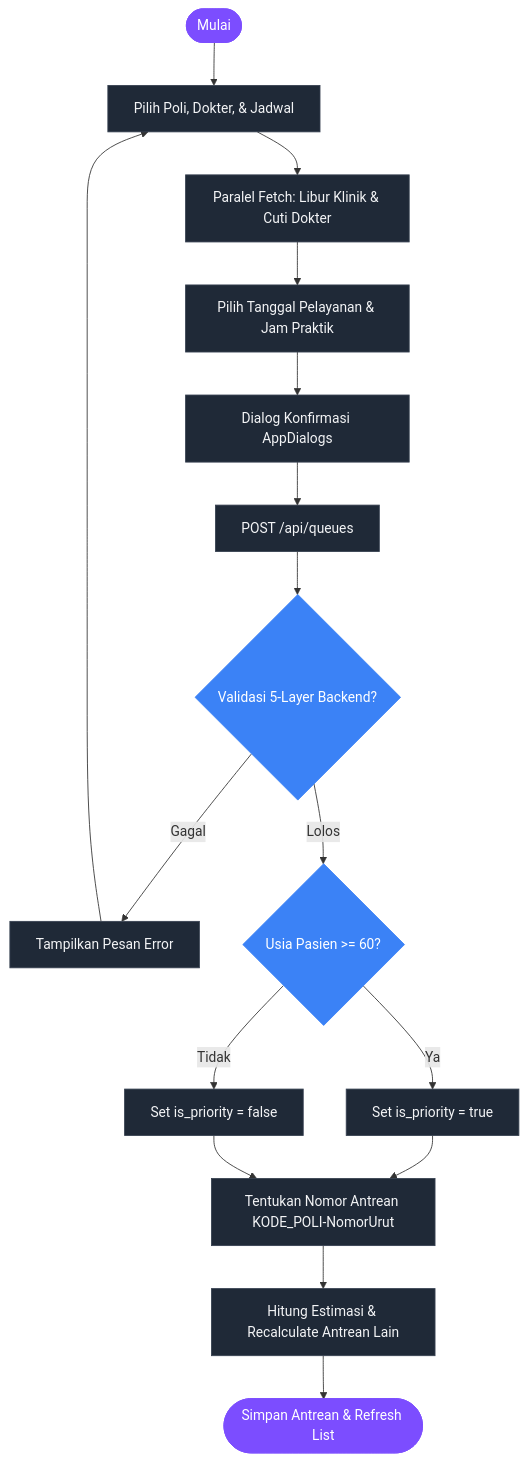
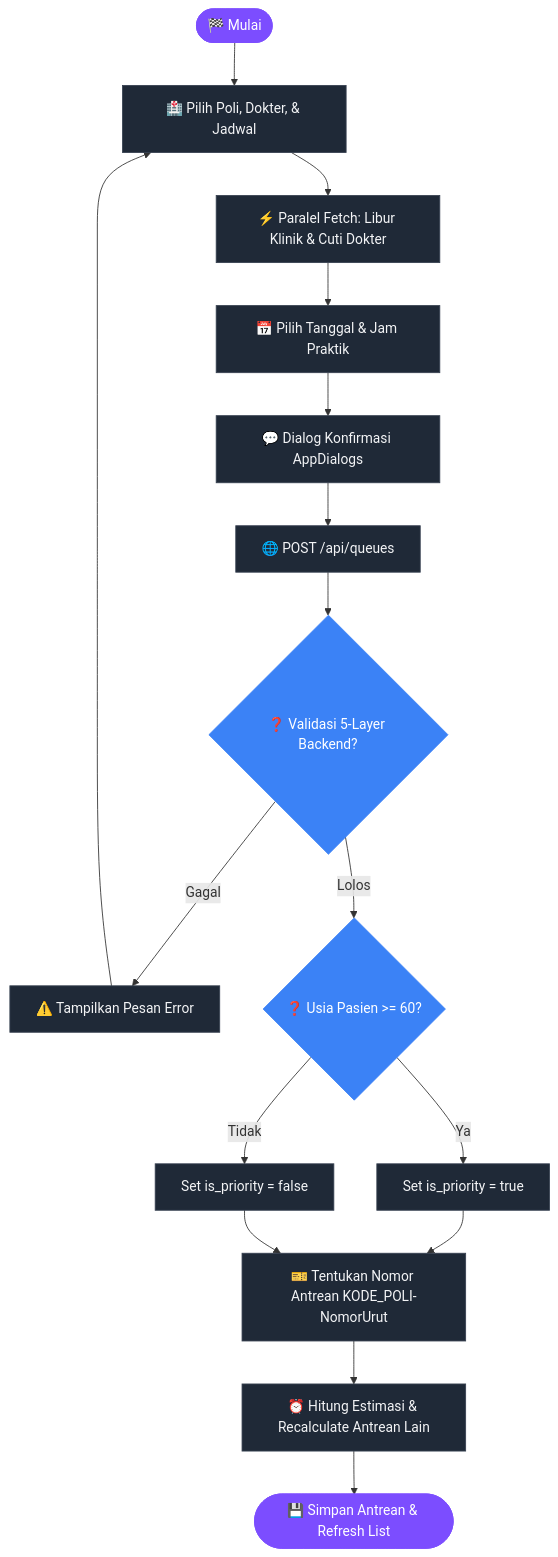
The third of 9 diagrams in dokumentasi/ALUR_BISNIS.md (Rezi14/NalaSeva-Mobile-Test), drawn with Mermaid before and after one commit. The commit also changed other lines of this file, not shown here.

````diff
--- a/dokumentasi/ALUR_BISNIS.md
+++ b/dokumentasi/ALUR_BISNIS.md
@@ -114,22 +114,22 @@
 ```mermaid
 flowchart TD
     classDef default fill:#1f2937,stroke:#374151,stroke-width:1px,color:#f3f4f6;
     classDef startEnd fill:#7c4dff,stroke:#7c4dff,color:#fff;
     classDef decision fill:#3b82f6,stroke:#3b82f6,color:#fff;
 
-    Start([Mulai]):::startEnd --> Form[Pilih Poli, Dokter, & Jadwal]
-    Form --> FetchPar[Paralel Fetch: Libur Klinik & Cuti Dokter]
-    FetchPar --> Picker[Pilih Tanggal Pelayanan & Jam Praktik]
-    Picker --> Confirm[Dialog Konfirmasi AppDialogs]
-    Confirm --> API[POST /api/queues]
-    API --> Valid{Validasi 5-Layer Backend?}:::decision
+    Start([🏁 Mulai]):::startEnd --> Form[🏥 Pilih Poli, Dokter, & Jadwal]
+    Form --> FetchPar[⚡ Paralel Fetch: Libur Klinik & Cuti Dokter]
+    FetchPar --> Picker[📅 Pilih Tanggal & Jam Praktik]
+    Picker --> Confirm[💬 Dialog Konfirmasi AppDialogs]
+    Confirm --> API[🌐 POST /api/queues]
+    API --> Valid{❓ Validasi 5-Layer Backend?}:::decision
     
-    Valid -- Gagal --> Error[Tampilkan Pesan Error] --> Form
-    Valid -- Lolos --> AgeCheck{Usia Pasien >= 60?}:::decision
+    Valid -- Gagal --> Error[⚠️ Tampilkan Pesan Error] --> Form
+    Valid -- Lolos --> AgeCheck{❓ Usia Pasien >= 60?}:::decision
     
     AgeCheck -- Ya --> Priority["Set is_priority = true"] --> Numbering
     AgeCheck -- Tidak --> Reguler["Set is_priority = false"] --> Numbering
     
-    Numbering[Tentukan Nomor Antrean KODE_POLI-NomorUrut] --> CalcTime[Hitung Estimasi & Recalculate Antrean Lain]
-    CalcTime --> Finish([Simpan Antrean & Refresh List]):::startEnd
+    Numbering[🎫 Tentukan Nomor Antrean KODE_POLI-NomorUrut] --> CalcTime[⏰ Hitung Estimasi & Recalculate Antrean Lain]
+    CalcTime --> Finish([💾 Simpan Antrean & Refresh List]):::startEnd
 ```
````
